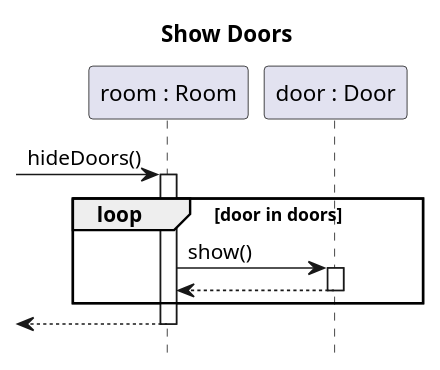
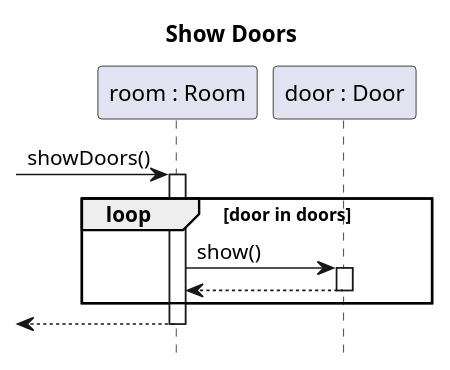
One commit to sn4k3ch4rm3r/logarlec changed the diagram in docs/diagrams/sequence/room-show-doors.puml. Above: the diagram before and after it, drawn with PlantUML. The commit also changed 10 other files, not shown here.

Commit message:
Fixed errors, attempted to get the sequences and the class diagram in sync

```diff
--- a/docs/diagrams/sequence/room-show-doors.puml
+++ b/docs/diagrams/sequence/room-show-doors.puml
@@ -1,16 +1,16 @@
 @startuml room-show-doors
 
 title Show Doors
 hide footbox
 autoactivate on
 participant "room : Room" as room
 participant "door : Door" as door
 
-[-> room : hideDoors() 
+[-> room : showDoors() 
 loop door in doors
 	room -> door : show()
 	return
 end 
 return
 
 @enduml
```
